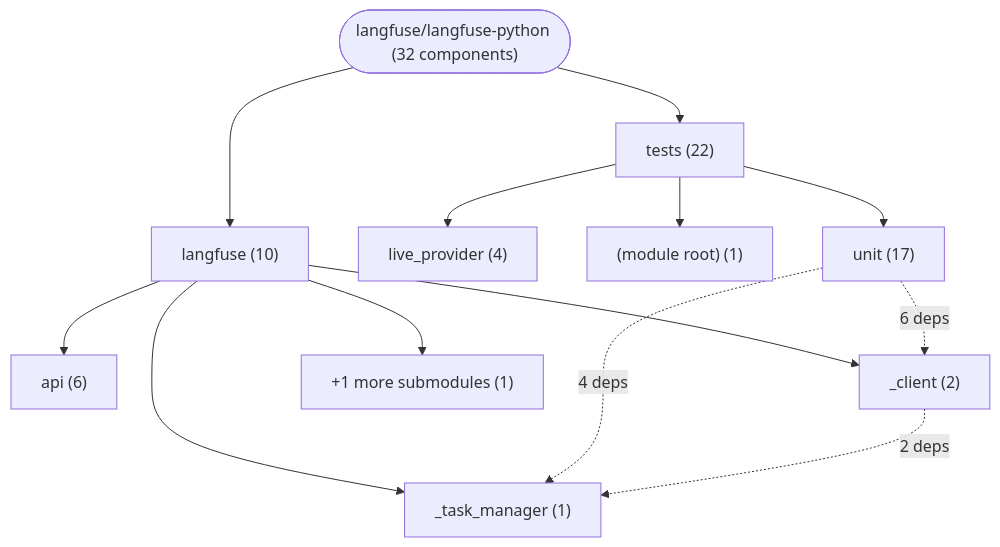
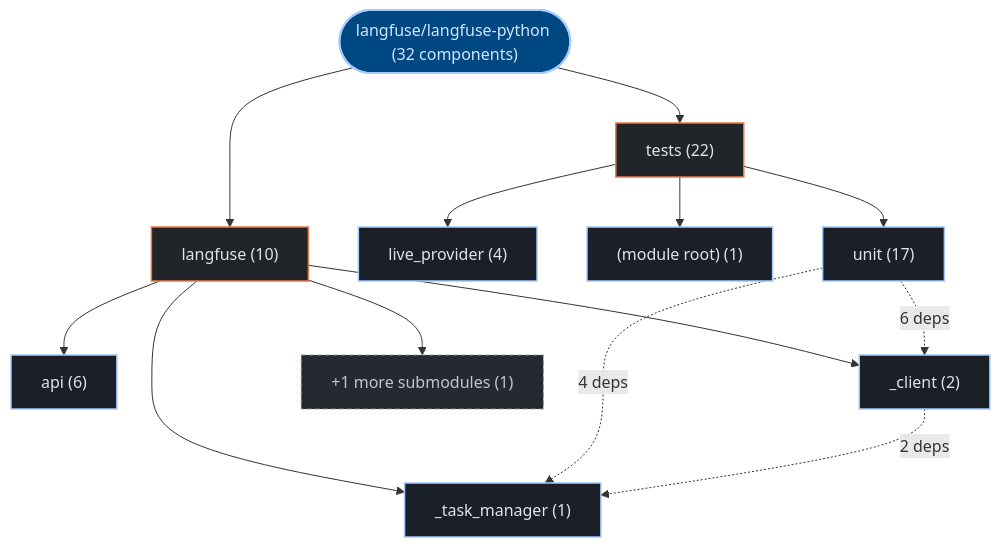
One commit to kumarshaz/atruss-code-atlas changed the first of 3 diagrams in exports/latest/reports/langfuse-langfuse-python-report.md. Above: the diagram before and after it, drawn with Mermaid. The commit also changed other lines of this file and 331 other files, not shown here.

Commit message:
docs,ui,fix: update SDLC docs, reorder CI/CD DAG first, stylize Mermaid, and fix Arc42 pipeline topology

````diff
--- a/exports/latest/reports/langfuse-langfuse-python-report.md
+++ b/exports/latest/reports/langfuse-langfuse-python-report.md
@@ -42,25 +42,32 @@
 ```mermaid
 graph TD;
-    repo_root(["langfuse/langfuse-python (32 components)"])
-    dir_0_tests["tests (22)"]
+  classDef atlasRoot fill:#004882,stroke:#a3c9ff,stroke-width:2px,color:#d3e4ff
+  classDef atlasCategory fill:#212428,stroke:#E87A48,stroke-width:1.5px,color:#dfe3eb
+  classDef atlasWorkflow fill:#1b2026,stroke:#a3c9ff,stroke-width:1.5px,color:#dfe3eb
+  classDef atlasJob fill:#171c22,stroke:#8d9199,stroke-width:1px,color:#dfe3eb
+  classDef atlasTarget fill:#005227,stroke:#8bd99b,stroke-width:1.5px,color:#a7f6b6
+  classDef atlasAlert fill:#93000a,stroke:#ffb4ab,stroke-width:1.5px,color:#ffdad6
+  classDef atlasMore fill:#252a31,stroke:#8d9199,stroke-dasharray:4 4,color:#c3c6cf
+    repo_root(["langfuse/langfuse-python (32 components)"]):::atlasRoot
+    dir_0_tests["tests (22)"]:::atlasCategory
     repo_root --> dir_0_tests
-    sub_0_0_unit["unit (17)"]
+    sub_0_0_unit["unit (17)"]:::atlasWorkflow
     dir_0_tests --> sub_0_0_unit
-    sub_0_1_live_provider["live_provider (4)"]
+    sub_0_1_live_provider["live_provider (4)"]:::atlasWorkflow
     dir_0_tests --> sub_0_1_live_provider
-    sub_0_2__module_root_["(module root) (1)"]
+    sub_0_2__module_root_["(module root) (1)"]:::atlasWorkflow
     dir_0_tests --> sub_0_2__module_root_
-    dir_1_langfuse["langfuse (10)"]
+    dir_1_langfuse["langfuse (10)"]:::atlasCategory
     repo_root --> dir_1_langfuse
-    sub_1_0_api["api (6)"]
+    sub_1_0_api["api (6)"]:::atlasWorkflow
     dir_1_langfuse --> sub_1_0_api
-    sub_1_1__client["_client (2)"]
+    sub_1_1__client["_client (2)"]:::atlasWorkflow
     dir_1_langfuse --> sub_1_1__client
-    sub_1_2__task_manager["_task_manager (1)"]
+    sub_1_2__task_manager["_task_manager (1)"]:::atlasWorkflow
     dir_1_langfuse --> sub_1_2__task_manager
-    sub_1_more["+1 more submodules (1)"]
+    sub_1_more["+1 more submodules (1)"]:::atlasMore
     dir_1_langfuse --> sub_1_more
     sub_0_0_unit -.->|"6 deps"| sub_1_1__client
     sub_0_0_unit -.->|"4 deps"| sub_1_2__task_manager
     sub_1_1__client -.->|"2 deps"| sub_1_2__task_manager
 ```
````
